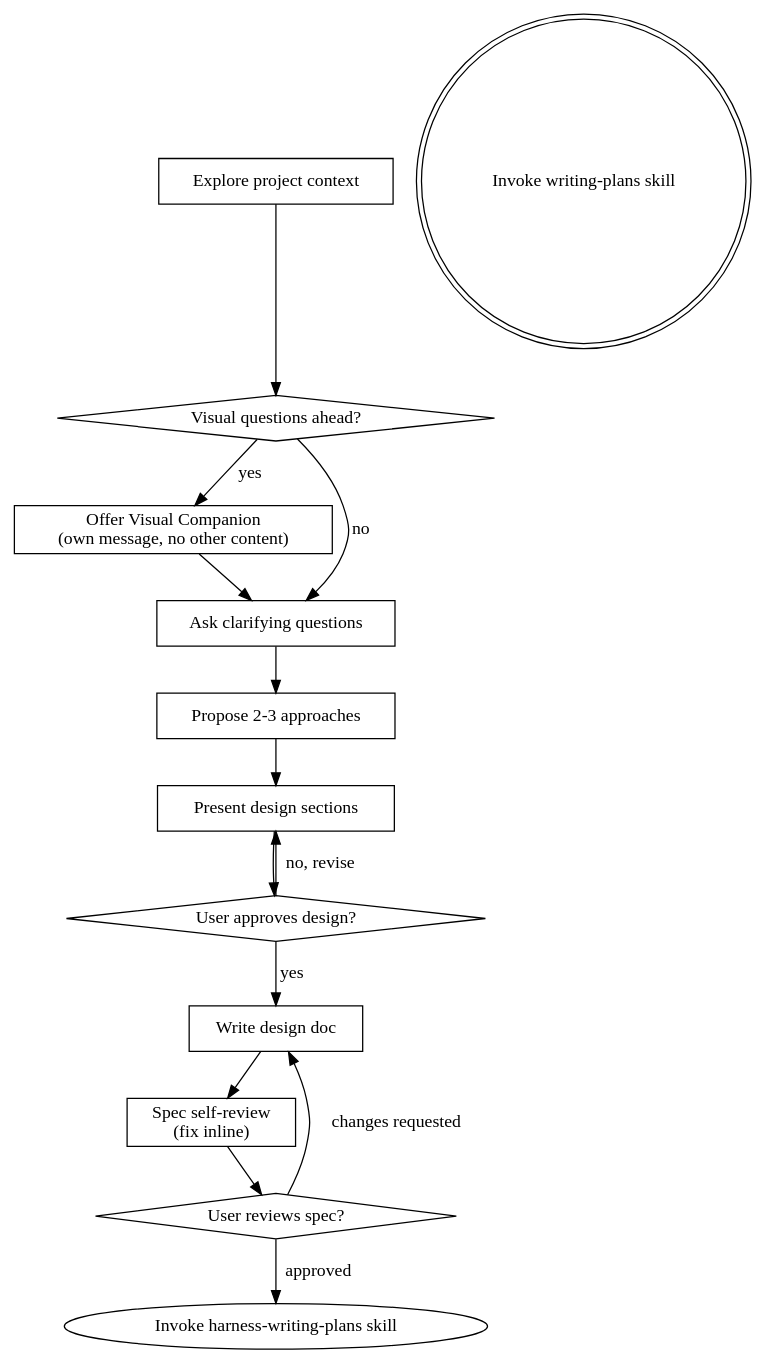
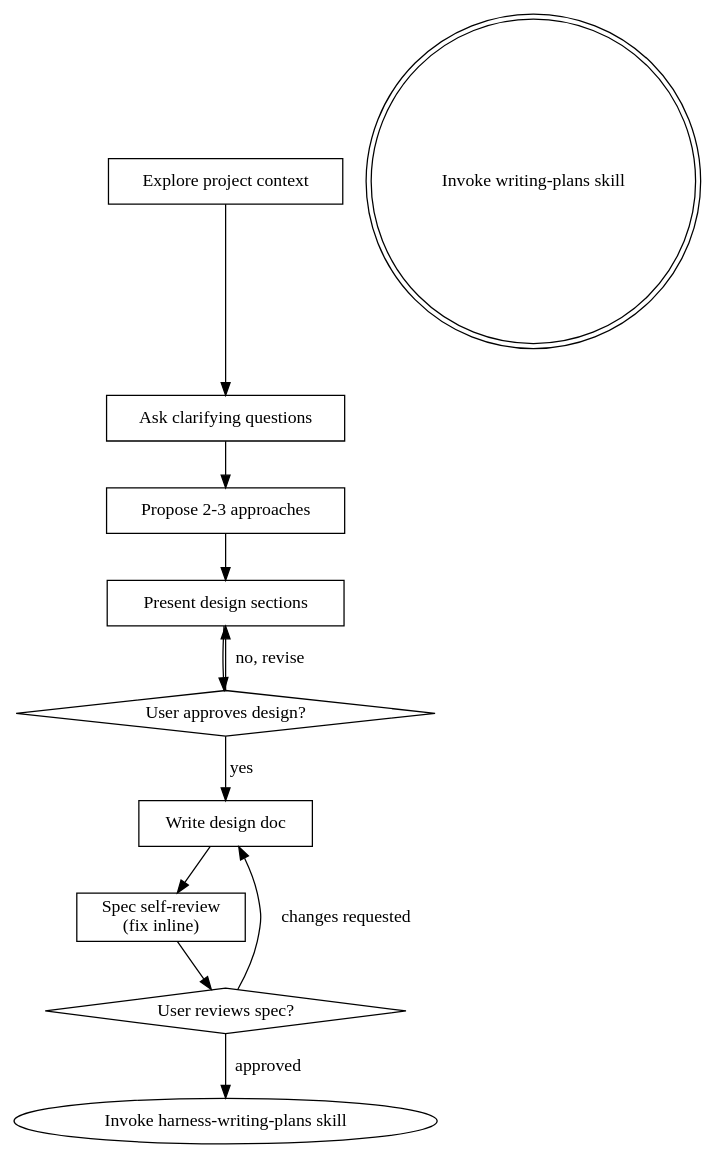
One commit to mapengbo0314/native-harness-workflow changed the diagram in boilerplate-agent/skills/harness-brainstorming/SKILL.md. Above: the diagram before and after it, drawn with Graphviz. The commit also changed other lines of this file and 2 other files, not shown here.

Commit message:
fixing visual ui recs

````diff
--- a/boilerplate-agent/skills/harness-brainstorming/SKILL.md
+++ b/boilerplate-agent/skills/harness-brainstorming/SKILL.md
@@ -36,29 +35,24 @@
 ```dot
 digraph harness_brainstorming {
     "Explore project context" [shape=box];
-    "Visual questions ahead?" [shape=diamond];
-    "Offer Visual Companion\n(own message, no other content)" [shape=box];
     "Ask clarifying questions" [shape=box];
     "Propose 2-3 approaches" [shape=box];
     "Present design sections" [shape=box];
     "User approves design?" [shape=diamond];
     "Write design doc" [shape=box];
     "Spec self-review\n(fix inline)" [shape=box];
     "User reviews spec?" [shape=diamond];
     "Invoke writing-plans skill" [shape=doublecircle];
 
-    "Explore project context" -> "Visual questions ahead?";
-    "Visual questions ahead?" -> "Offer Visual Companion\n(own message, no other content)" [label="yes"];
-    "Visual questions ahead?" -> "Ask clarifying questions" [label="no"];
-    "Offer Visual Companion\n(own message, no other content)" -> "Ask clarifying questions";
+    "Explore project context" -> "Ask clarifying questions";
     "Ask clarifying questions" -> "Propose 2-3 approaches";
     "Propose 2-3 approaches" -> "Present design sections";
     "Present design sections" -> "User approves design?";
     "User approves design?" -> "Present design sections" [label="no, revise"];
     "User approves design?" -> "Write design doc" [label="yes"];
     "Write design doc" -> "Spec self-review\n(fix inline)";
     "Spec self-review\n(fix inline)" -> "User reviews spec?";
     "User reviews spec?" -> "Write design doc" [label="changes requested"];
     "User reviews spec?" -> "Invoke harness-writing-plans skill" [label="approved"];
 }
 ```
````
